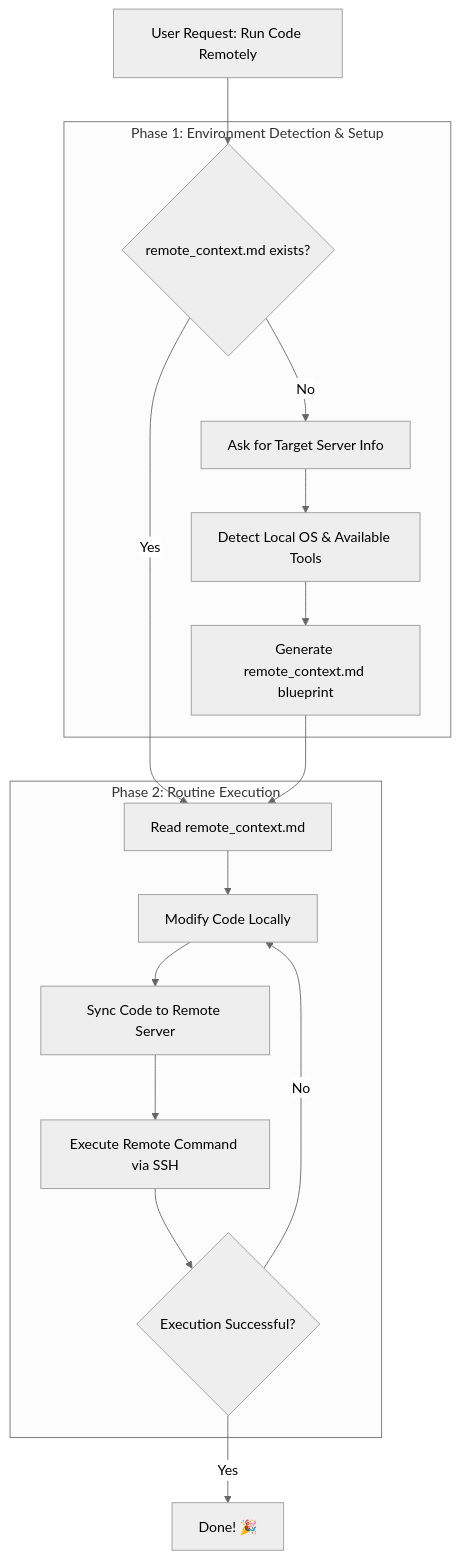
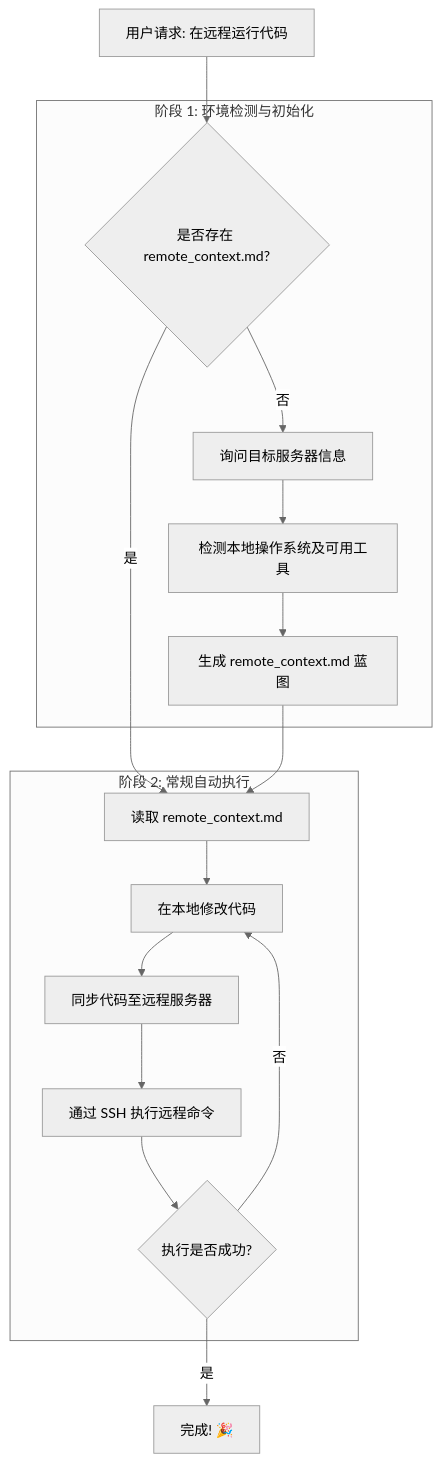
One commit to lulusiyuyu/antigravity-remote-sync changed the diagram in README.md. Above: the diagram before and after it, drawn with Mermaid (neutral theme). The commit also changed other lines of this file and 2 other files, not shown here.

````diff
--- a/README.md
+++ b/README.md
@@ -42,24 +42,24 @@
 ```mermaid
 graph TD
-    A[User Request: Run Code Remotely] --> B{remote_context.md exists?};
+    A[用户请求: 在远程运行代码] --> B{是否存在 remote_context.md?};
     
-    %% Phase 1
-    subgraph Phase 1: Environment Detection & Setup
-    B -- No --> C[Ask for Target Server Info];
-    C --> D[Detect Local OS & Available Tools];
-    D --> E[Generate remote_context.md blueprint];
+    %% 第一阶段
+    subgraph 阶段 1: 环境检测与初始化
+    B -- 否 --> C[询问目标服务器信息];
+    C --> D[检测本地操作系统及可用工具];
+    D --> E[生成 remote_context.md 蓝图];
     end
     
-    %% Phase 2
-    subgraph Phase 2: Routine Execution
-    B -- Yes --> G[Read remote_context.md];
+    %% 第二阶段
+    subgraph 阶段 2: 常规自动执行
+    B -- 是 --> G[读取 remote_context.md];
     E --> G;
-    G --> H[Modify Code Locally];
-    H --> I[Sync Code to Remote Server];
-    I --> J[Execute Remote Command via SSH];
-    J --> K{Execution Successful?};
-    K -- No --> H;
+    G --> H[在本地修改代码];
+    H --> I[同步代码至远程服务器];
+    I --> J[通过 SSH 执行远程命令];
+    J --> K{执行是否成功?};
+    K -- 否 --> H;
     end
     
-    K -- Yes --> L[Done! 🎉];
+    K -- 是 --> L[完成! 🎉];
 ```
````
